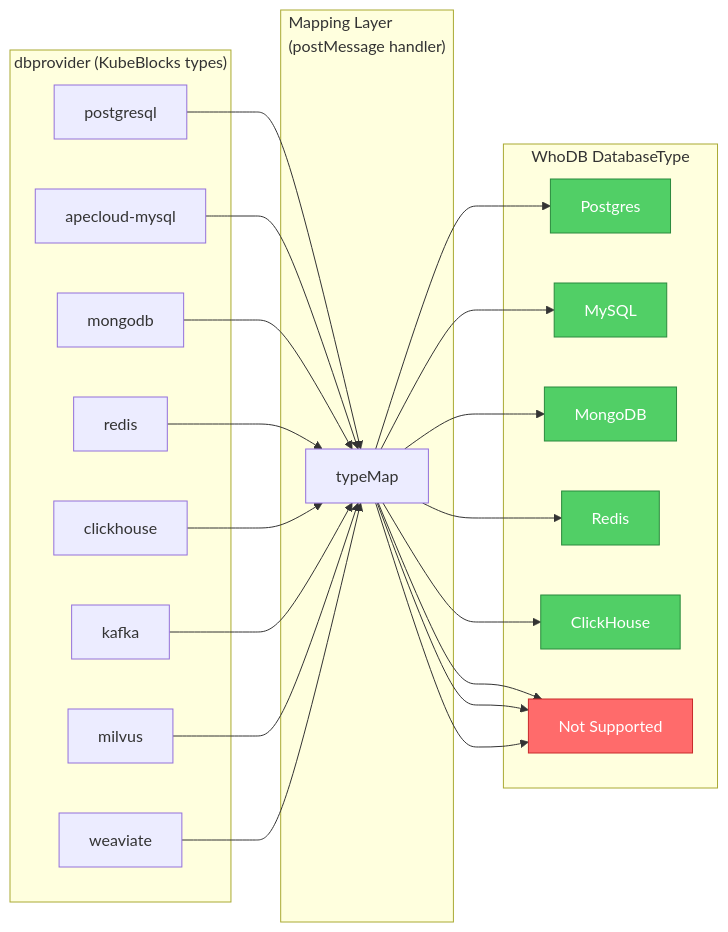
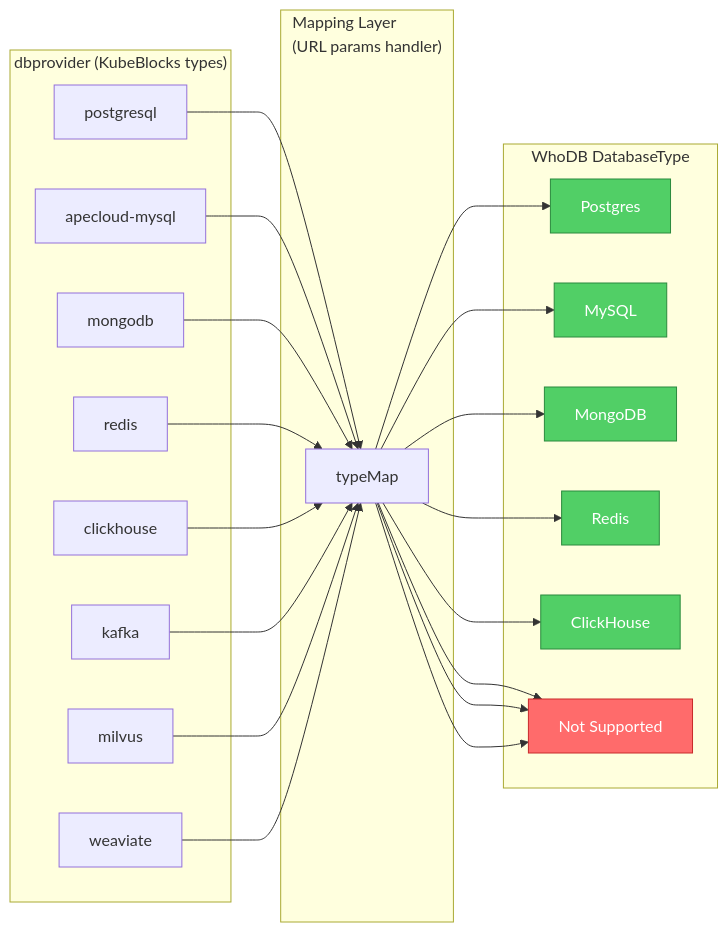
One commit to sealos-apps/dataflow changed the seventh of 9 diagrams in docs/sealos_integration/sealos-integration-dataflow.md. Above: the diagram before and after it, drawn with Mermaid. The commit also changed other lines of this file and 3 other files, not shown here.

````diff
--- a/docs/sealos_integration/sealos-integration-dataflow.md
+++ b/docs/sealos_integration/sealos-integration-dataflow.md
@@ -283,42 +302,42 @@
 ```mermaid
 flowchart LR
     subgraph src["dbprovider (KubeBlocks types)"]
         A1["postgresql"]
         A2["apecloud-mysql"]
         A3["mongodb"]
         A4["redis"]
         A5["clickhouse"]
         A6["kafka"]
         A7["milvus"]
         A8["weaviate"]
     end
 
-    subgraph map["Mapping Layer<br/>(postMessage handler)"]
+    subgraph map["Mapping Layer<br/>(URL params handler)"]
         M["typeMap"]
     end
 
     subgraph dst["WhoDB DatabaseType"]
         B1["Postgres"]
         B2["MySQL"]
         B3["MongoDB"]
         B4["Redis"]
         B5["ClickHouse"]
         BX["Not Supported"]
     end
 
     A1 --> M --> B1
     A2 --> M --> B2
     A3 --> M --> B3
     A4 --> M --> B4
     A5 --> M --> B5
     A6 --> M --> BX
     A7 --> M --> BX
     A8 --> M --> BX
 
     style B1 fill:#51cf66,stroke:#2b8a3e,color:#fff
     style B2 fill:#51cf66,stroke:#2b8a3e,color:#fff
     style B3 fill:#51cf66,stroke:#2b8a3e,color:#fff
     style B4 fill:#51cf66,stroke:#2b8a3e,color:#fff
     style B5 fill:#51cf66,stroke:#2b8a3e,color:#fff
     style BX fill:#ff6b6b,stroke:#c92a2a,color:#fff
 ```
````
